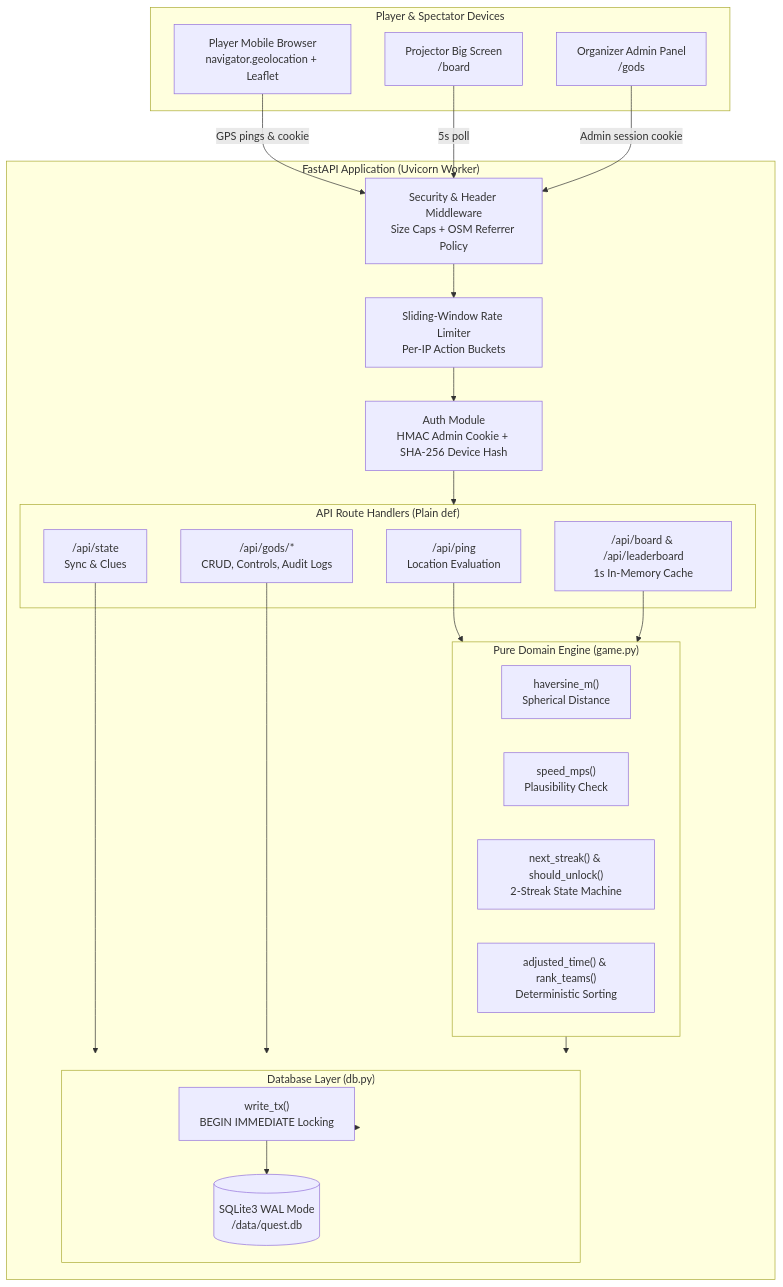
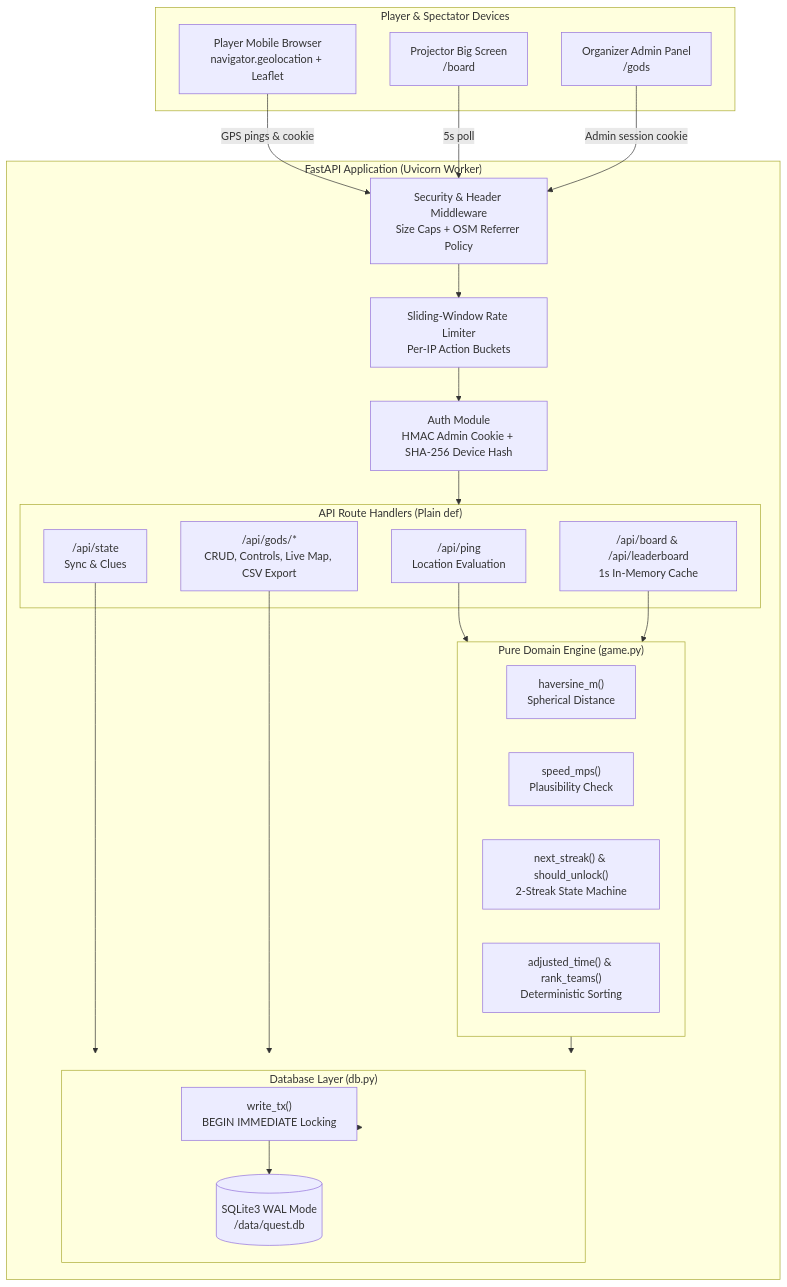
One commit to manalpj/Campus-Quest changed the diagram in README.md. Above: the diagram before and after it, drawn with Mermaid. The commit also changed other lines of this file and 1 other file, not shown here.

````diff
--- a/README.md
+++ b/README.md
@@ -75,48 +76,48 @@
 ```mermaid
 flowchart TD
     subgraph Clients["Player & Spectator Devices"]
         P[Player Mobile Browser\nnavigator.geolocation + Leaflet]
         B[Projector Big Screen\n/board]
         A[Organizer Admin Panel\n/gods]
     end
 
     subgraph Server["FastAPI Application (Uvicorn Worker)"]
         MW[Security & Header Middleware\nSize Caps + OSM Referrer Policy]
         RL[Sliding-Window Rate Limiter\nPer-IP Action Buckets]
         AUTH[Auth Module\nHMAC Admin Cookie + SHA-256 Device Hash]
         
         subgraph Routes["API Route Handlers (Plain def)"]
             R_PING["/api/ping\nLocation Evaluation"]
             R_STATE["/api/state\nSync & Clues"]
             R_BOARD["/api/board & /api/leaderboard\n1s In-Memory Cache"]
-            R_GODS["/api/gods/*\nCRUD, Controls, Audit Logs"]
+            R_GODS["/api/gods/*\nCRUD, Controls, Live Map, CSV Export"]
         end
 
         subgraph Core["Pure Domain Engine (game.py)"]
             HAV["haversine_m()\nSpherical Distance"]
             SPD["speed_mps()\nPlausibility Check"]
             STRK["next_streak() & should_unlock()\n2-Streak State Machine"]
             RNK["adjusted_time() & rank_teams()\nDeterministic Sorting"]
         end
 
         subgraph Data["Database Layer (db.py)"]
             TX["write_tx()\nBEGIN IMMEDIATE Locking"]
             SQL[(SQLite3 WAL Mode\n/data/quest.db)]
         end
     end
 
     P -->|GPS pings & cookie| MW
     B -->|5s poll| MW
     A -->|Admin session cookie| MW
 
     MW --> RL --> AUTH
     AUTH --> Routes
     
     R_PING --> Core
     R_STATE --> Data
     R_BOARD --> Core
     R_GODS --> Data
     
     Core --> Data
     Data --> TX --> SQL
 ```
````
